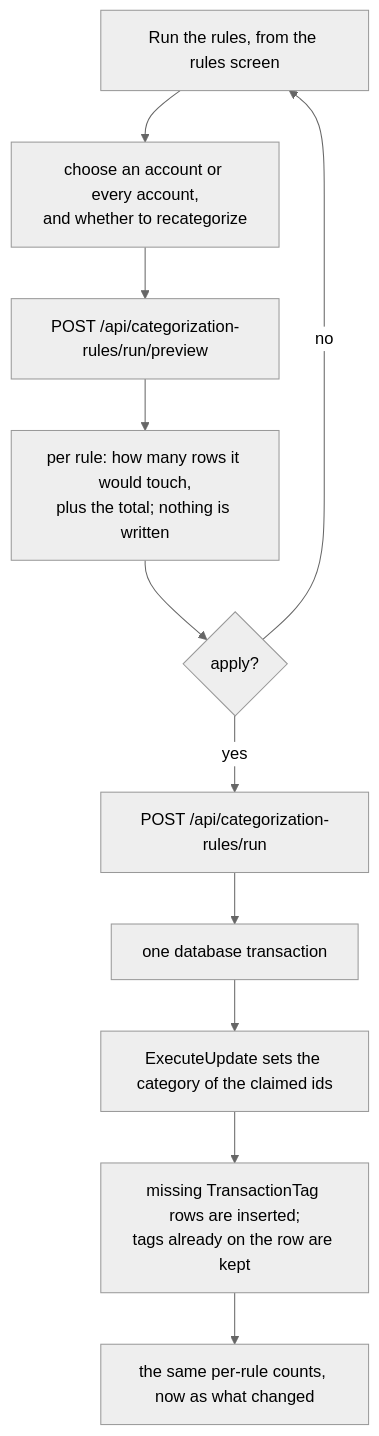
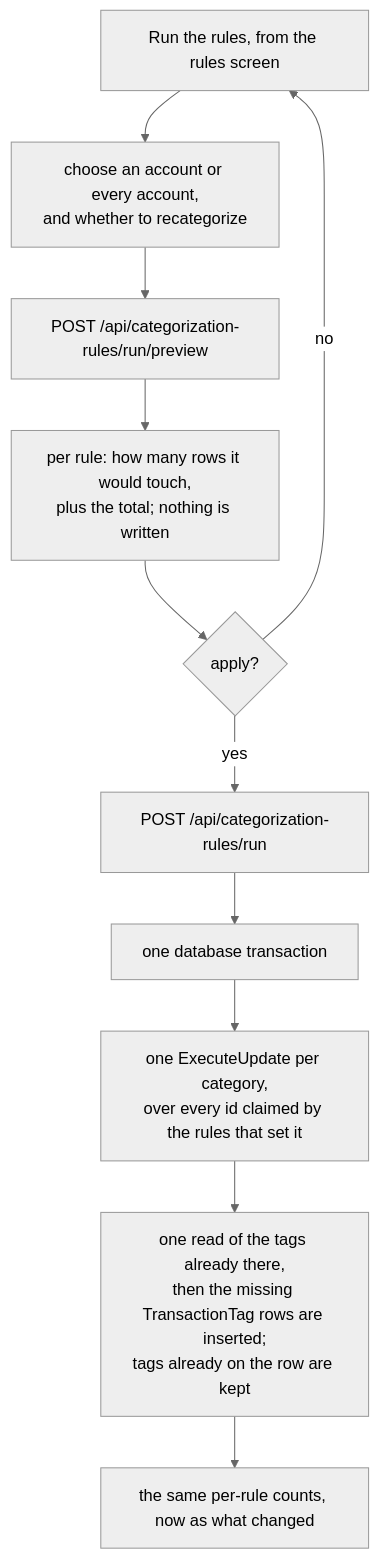
The fourth of 4 diagrams in docs/features/28. Categorization rules.md (Justxs/Jx-Finance), drawn with Mermaid (neutral theme) before and after one commit. The commit also changed other lines of this file and 4 other files, not shown here.

First line of the commit message:
perf(backend): run the rules over one read of the ledger

````diff
--- a/docs/features/28. Categorization rules.md
+++ b/docs/features/28. Categorization rules.md
@@ -130,13 +132,13 @@
 ```mermaid
 flowchart TD
     Open["Run the rules, from the rules screen"] --> Scope["choose an account or every account,<br/>and whether to recategorize"]
     Scope --> Preview["POST /api/categorization-rules/run/preview"]
     Preview --> Count["per rule: how many rows it would touch,<br/>plus the total; nothing is written"]
     Count --> Decide{"apply?"}
     Decide -->|"no"| Open
     Decide -->|"yes"| Run["POST /api/categorization-rules/run"]
     Run --> Tx["one database transaction"]
-    Tx --> Update["ExecuteUpdate sets the category of the claimed ids"]
-    Update --> Tag["missing TransactionTag rows are inserted;<br/>tags already on the row are kept"]
+    Tx --> Update["one ExecuteUpdate per category,<br/>over every id claimed by the rules that set it"]
+    Update --> Tag["one read of the tags already there,<br/>then the missing TransactionTag rows are inserted;<br/>tags already on the row are kept"]
     Tag --> Answer["the same per-rule counts, now as what changed"]
 ```
````
